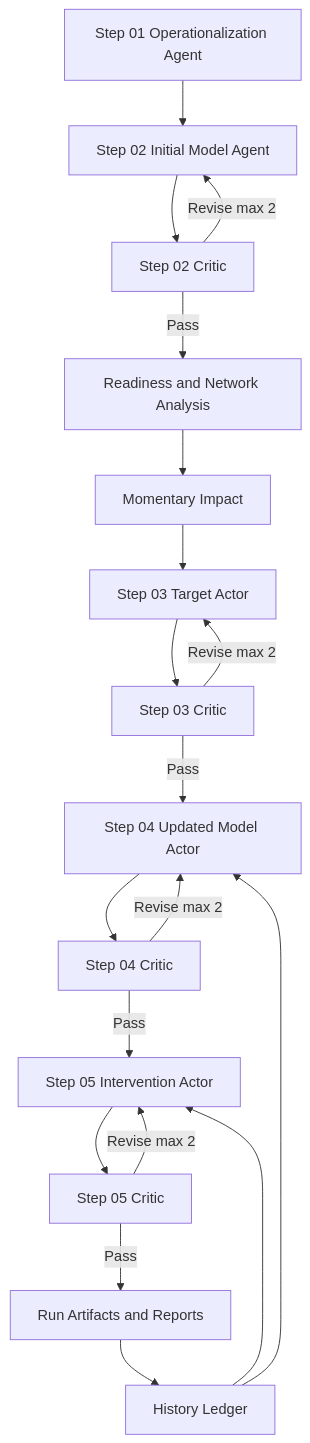
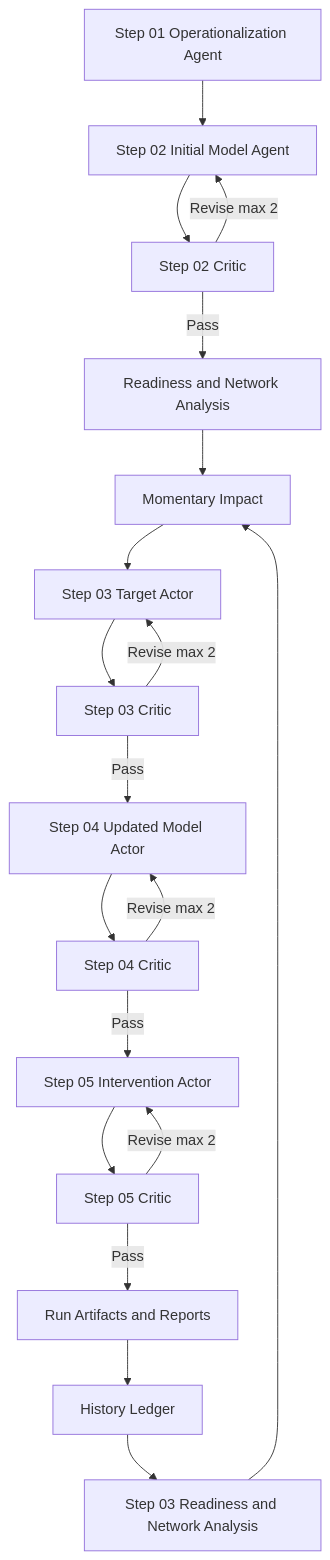
The diagram in src/overview/README.md (stvsever/ThesisMaster), drawn with Mermaid before and after one commit. The commit also changed 49 other files, not shown here.

Commit message:
refactor(agentic): move shared runtime/prompts to src/utils and update iterative flow docs

````diff
--- a/src/overview/README.md
+++ b/src/overview/README.md
@@ -17,21 +17,21 @@
 ```mermaid
 flowchart TD
     A["Step 01 Operationalization Agent"] --> B["Step 02 Initial Model Agent"]
     B --> Bc["Step 02 Critic"]
     Bc -->|"Revise max 2"| B
     Bc -->|"Pass"| C["Readiness and Network Analysis"]
     C --> D["Momentary Impact"]
     D --> E["Step 03 Target Actor"]
     E --> Ec["Step 03 Critic"]
     Ec -->|"Revise max 2"| E
     Ec -->|"Pass"| F["Step 04 Updated Model Actor"]
     F --> Fc["Step 04 Critic"]
     Fc -->|"Revise max 2"| F
     Fc -->|"Pass"| G["Step 05 Intervention Actor"]
     G --> Gc["Step 05 Critic"]
     Gc -->|"Revise max 2"| G
     Gc -->|"Pass"| H["Run Artifacts and Reports"]
     H --> I["History Ledger"]
-    I --> F
-    I --> G
+    I --> J["Step 03 Readiness and Network Analysis"]
+    J --> D
 ```
````
